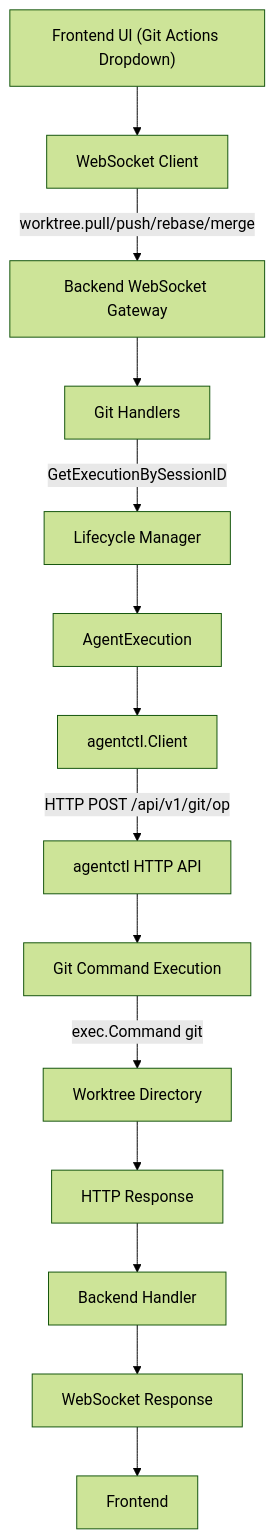
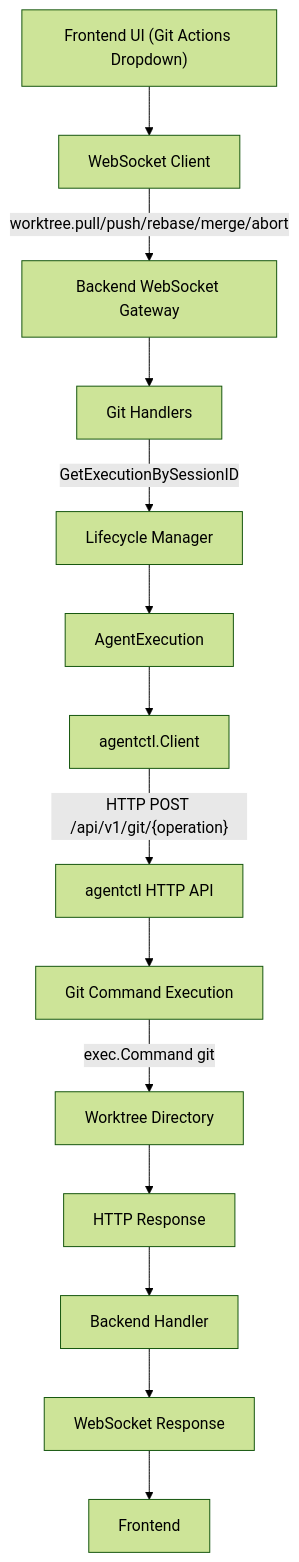
One commit to kdlbs/kandev changed the first of 2 diagrams in docs/public/git-operations.md. Above: the diagram before and after it, drawn with Mermaid (forest theme). The commit also changed other lines of this file and 10 other files, not shown here.

````diff
--- a/docs/public/git-operations.md
+++ b/docs/public/git-operations.md
@@ -23,16 +23,16 @@
 ```mermaid
 flowchart TD
     A["Frontend UI (Git Actions Dropdown)"] --> B["WebSocket Client"]
-    B -->|"worktree.pull/push/rebase/merge"| C["Backend WebSocket Gateway"]
+    B -->|"worktree.pull/push/rebase/merge/abort"| C["Backend WebSocket Gateway"]
     C --> D["Git Handlers"]
     D -->|"GetExecutionBySessionID"| E["Lifecycle Manager"]
     E --> F["AgentExecution"]
     F --> G["agentctl.Client"]
-    G -->|"HTTP POST /api/v1/git/op"| H["agentctl HTTP API"]
+    G -->|"HTTP POST /api/v1/git/{operation}"| H["agentctl HTTP API"]
     H --> I["Git Command Execution"]
     I -->|"exec.Command git"| J["Worktree Directory"]
     J --> K["HTTP Response"]
     K --> L["Backend Handler"]
     L --> M["WebSocket Response"]
     M --> N["Frontend"]
 ```
````
